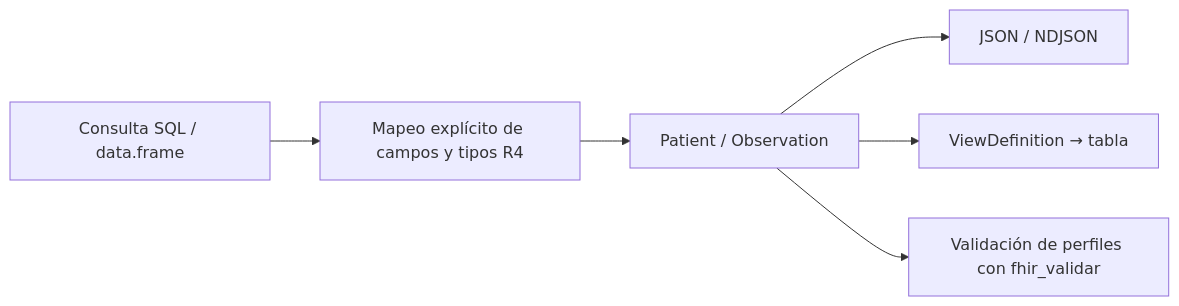
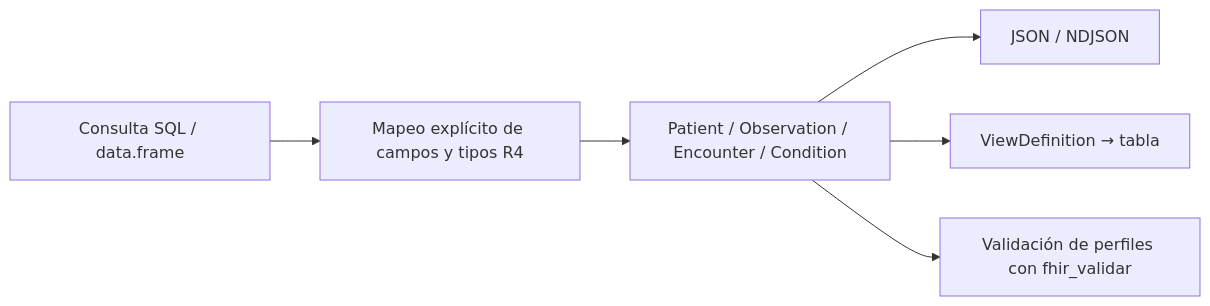
The ninth of 10 diagrams in README.md (f-slg/fhirviews), drawn with Mermaid before and after one commit. The commit also changed other lines of this file and 24 other files, not shown here.

Commit message:
feat: map SQL rows to Encounter and Condition with R4 validation

````diff
--- a/README.md
+++ b/README.md
@@ -626,8 +626,8 @@
 ```mermaid
 flowchart LR
     DB["Consulta SQL / data.frame"] --> M["Mapeo explícito de campos y tipos R4"]
-    M --> R["Patient / Observation"]
+    M --> R["Patient / Observation / Encounter / Condition"]
     R --> J["JSON / NDJSON"]
     R --> V["ViewDefinition → tabla"]
     R --> C["Validación de perfiles con fhir_validar"]
 ```
````
